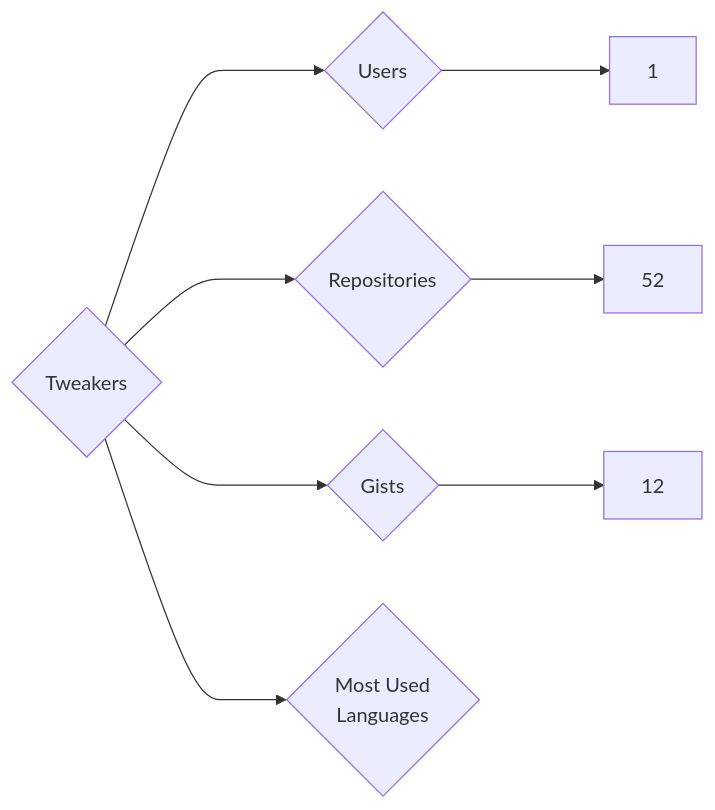
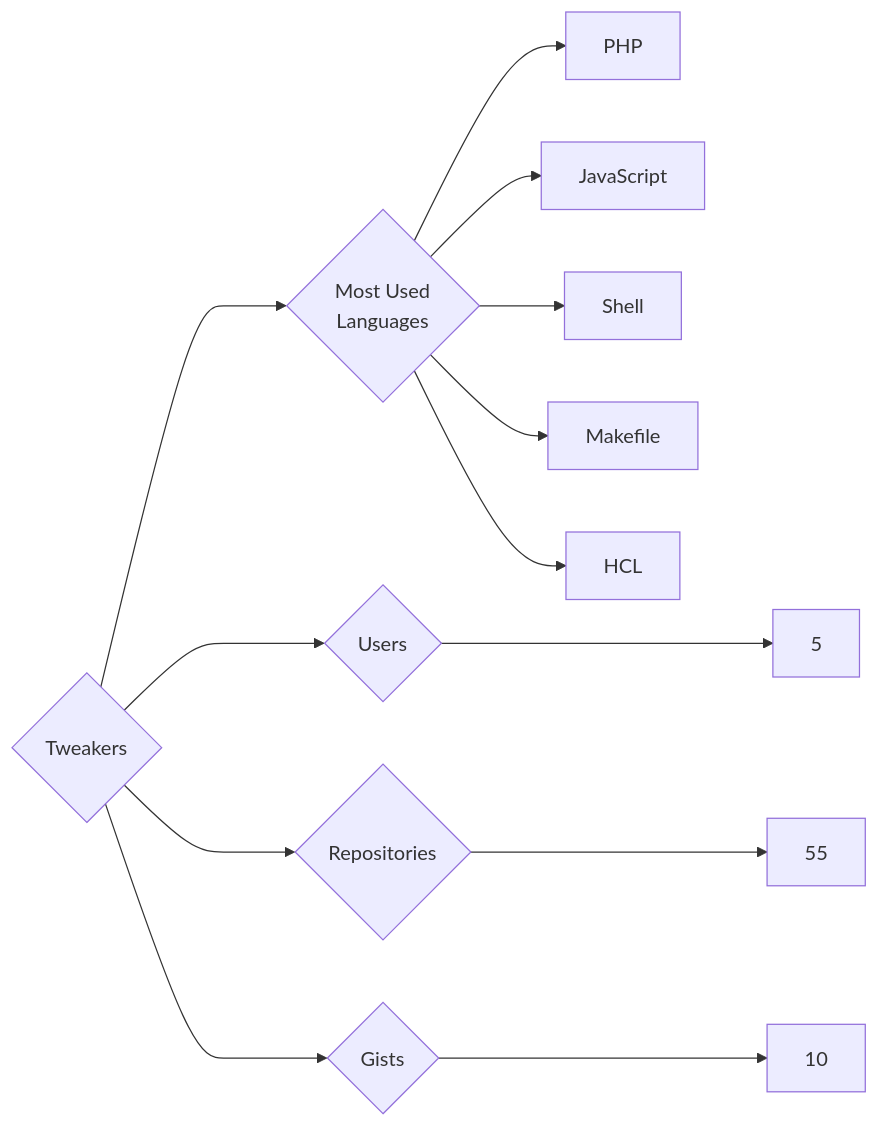
One commit to trickest/insiders changed the diagram in targets/Tweakers/README.md. Above: the diagram before and after it, drawn with Mermaid. The commit also changed 877 other files, not shown here.

````diff
--- a/targets/Tweakers/README.md
+++ b/targets/Tweakers/README.md
@@ -3,8 +3,13 @@
 ```mermaid
 graph LR
 COMPANY_NAME{Tweakers}
-COMPANY_NAME ---> U{Users} ---> UN[1]
-COMPANY_NAME ---> R{Repositories} ---> RN[52]
-COMPANY_NAME ---> G{Gists} ---> GN[12]
+COMPANY_NAME ---> U{Users} ---> UN[5]
+COMPANY_NAME ---> R{Repositories} ---> RN[55]
+COMPANY_NAME ---> G{Gists} ---> GN[10]
 COMPANY_NAME ---> ML{Most Used<br>Languages}
+ML --> PHP[PHP]
+ML --> JavaScript[JavaScript]
+ML --> Shell[Shell]
+ML --> Makefile[Makefile]
+ML --> HCL[HCL]
 ```
````
